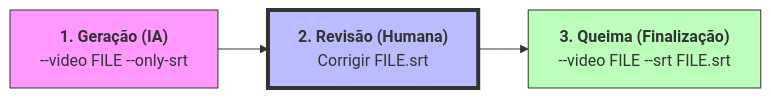
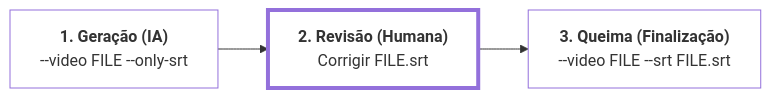
One commit to Liga-IA/RepoAI changed the first of 2 diagrams in nlp_subtitler-pro/README.md. Above: the diagram before and after it, drawn with Mermaid. The commit also changed other lines of this file, not shown here.

Commit message:
Change styles in README diagrams to improve clarity (#36)

````diff
--- a/nlp_subtitler-pro/README.md
+++ b/nlp_subtitler-pro/README.md
@@ -37,9 +37,9 @@
 ```mermaid
    graph LR
       A["<b>1. Geração (IA)</b><br/>--video FILE --only-srt"] --> B["<b>2. Revisão (Humana)</b><br/>Corrigir FILE.srt"]
       B --> C["<b>3. Queima (Finalização)</b><br/>--video FILE --srt FILE.srt"]
       
-      style A fill:#f9f,stroke:#333
-      style B fill:#bbf,stroke:#333,stroke-width:4px
-      style C fill:#bfb,stroke:#333
+      style A fill:#0000,stroke:#00000
+      style B fill:#0000,stroke:#00000,stroke-width:4px
+      style C fill:#0000,stroke:#00000
 ```
````
